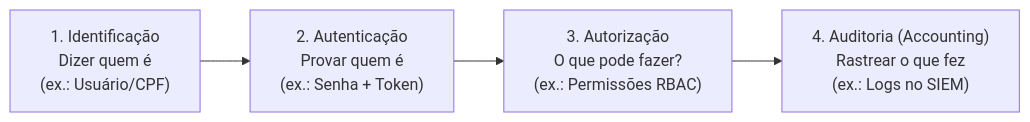
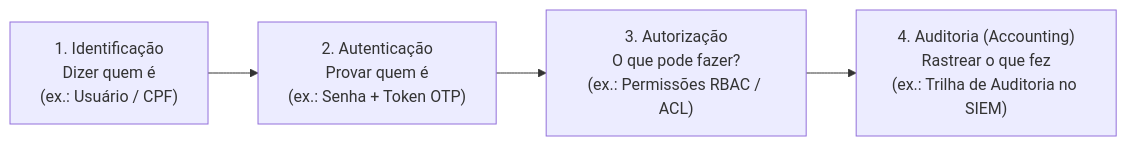
One commit to thiagosantos346/TCE-GO-2027 changed the first of 5 diagrams in fontes_de_estudo/conhecimentos_especificos_b02_ti/10_seguranca_da_informacao/03_controle_de_acesso_iam_e_arquitetura_zero_trust.md. Above: the diagram before and after it, drawn with Mermaid. The commit also changed other lines of this file and 119 other files, not shown here.

````diff
--- a/fontes_de_estudo/conhecimentos_especificos_b02_ti/10_seguranca_da_informacao/03_controle_de_acesso_iam_e_arquitetura_zero_trust.md
+++ b/fontes_de_estudo/conhecimentos_especificos_b02_ti/10_seguranca_da_informacao/03_controle_de_acesso_iam_e_arquitetura_zero_trust.md
@@ -71,6 +55,6 @@
 ```mermaid
 flowchart LR
-    ID["1. Identificação<br>Dizer quem é<br>(ex.: Usuário/CPF)"] --> AUT["2. Autenticação<br>Provar quem é<br>(ex.: Senha + Token)"]
-    AUT --> AUTZ["3. Autorização<br>O que pode fazer?<br>(ex.: Permissões RBAC)"]
-    AUTZ --> AUD["4. Auditoria (Accounting)<br>Rastrear o que fez<br>(ex.: Logs no SIEM)"]
+    ID["1. Identificação<br>Dizer quem é<br>(ex.: Usuário / CPF)"] --> AUT["2. Autenticação<br>Provar quem é<br>(ex.: Senha + Token OTP)"]
+    AUT --> AUTZ["3. Autorização<br>O que pode fazer?<br>(ex.: Permissões RBAC / ACL)"]
+    AUTZ --> AUD["4. Auditoria (Accounting)<br>Rastrear o que fez<br>(ex.: Trilha de Auditoria no SIEM)"]
 ```
````
